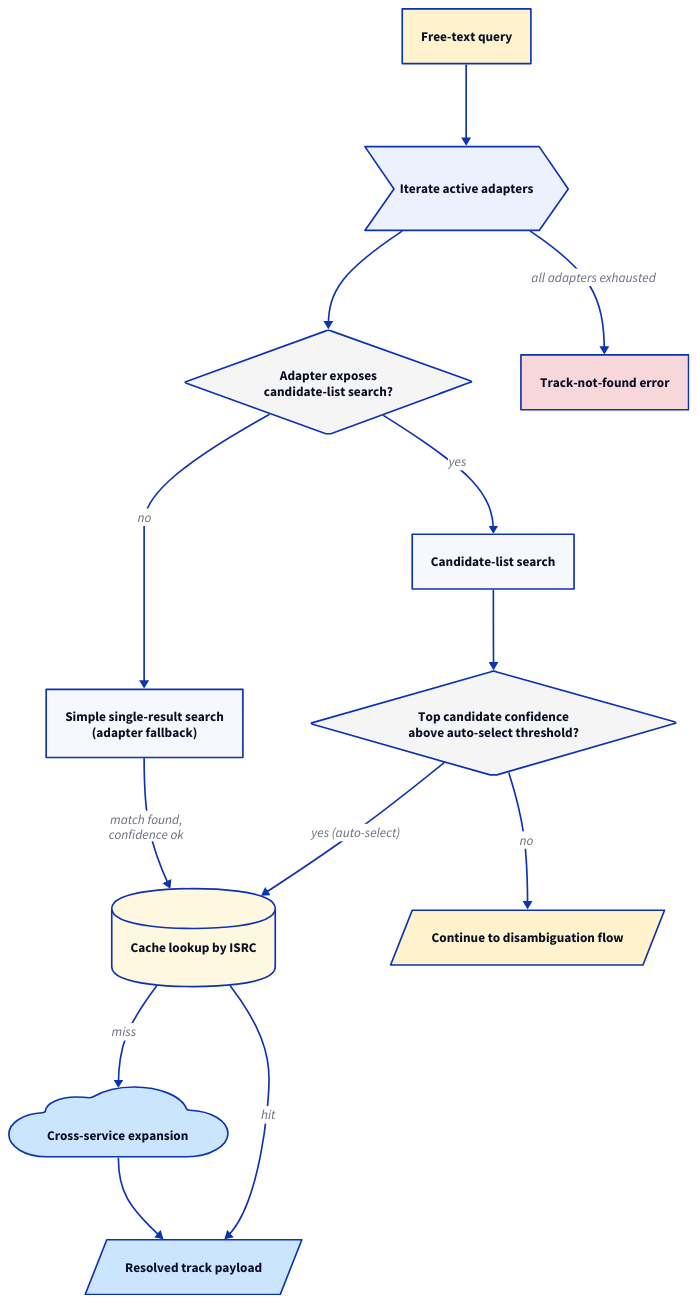
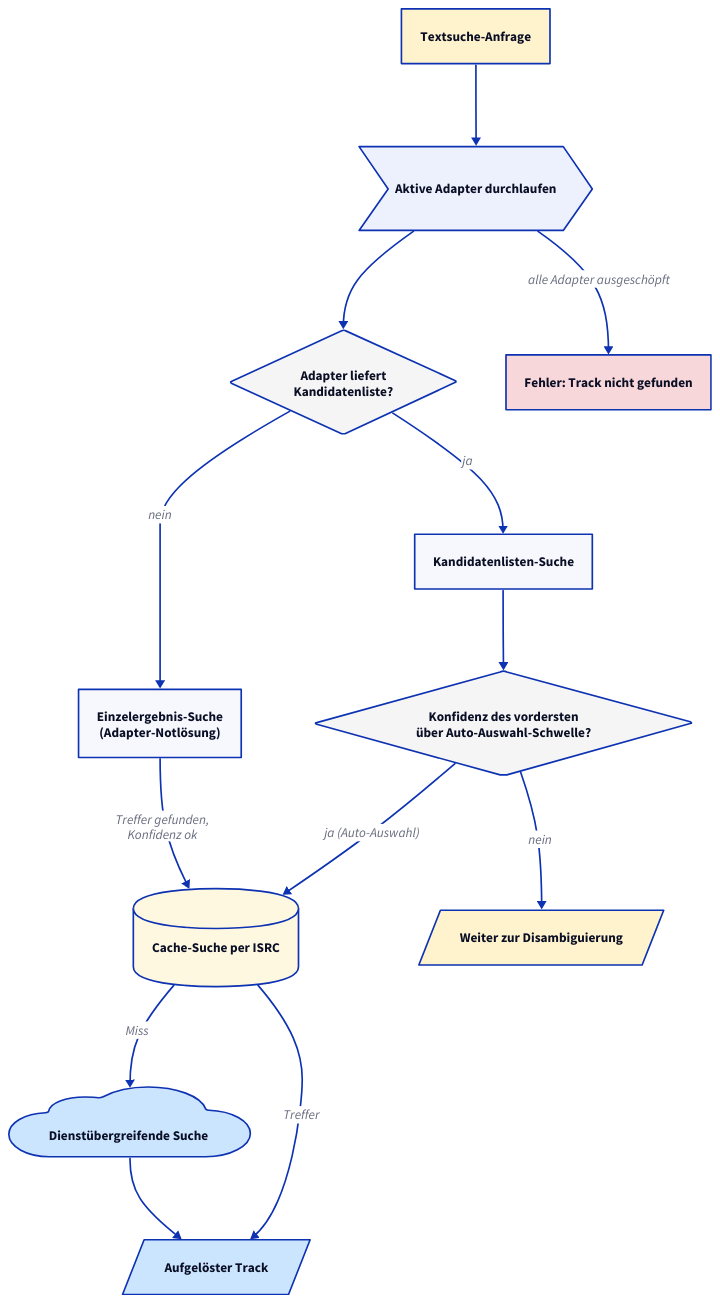
Before and after one commit to phranck/musiccloud: the diagram in docs/resolve-flow/diagrams/02a-text-search.d2, drawn with D2. The commit also changed 29 other files, not shown here.

First line of the commit message:
Docs: Translate resolve-flow diagrams to German

```diff
--- a/docs/resolve-flow/diagrams/02a-text-search.d2
+++ b/docs/resolve-flow/diagrams/02a-text-search.d2
@@ -1,74 +1,74 @@
-# Free-text search, part 1: initial pass across active adapters.
+# Textsuche, Teil 1: erster Durchgang über aktive Adapter.
 
 direction: down
 
-input: "Free-text query" {
+input: "Textsuche-Anfrage" {
   shape: rectangle
   style.fill: "#fff3cd"
 }
 
-iterate: "Iterate active adapters" {
+iterate: "Aktive Adapter durchlaufen" {
   shape: step
 }
 
 input -> iterate
 
-has_candidates: "Adapter exposes\ncandidate-list search?" {
+has_candidates: "Adapter liefert\nKandidatenliste?" {
   shape: diamond
   style.fill: "#f5f5f5"
 }
 
-candidates_path: "Candidate-list search" {
+candidates_path: "Kandidatenlisten-Suche" {
   shape: rectangle
 }
 
-simple_path: "Simple single-result search\n(adapter fallback)" {
+simple_path: "Einzelergebnis-Suche\n(Adapter-Notlösung)" {
   shape: rectangle
 }
 
 iterate -> has_candidates
-has_candidates -> candidates_path: "yes"
-has_candidates -> simple_path: "no"
+has_candidates -> candidates_path: "ja"
+has_candidates -> simple_path: "nein"
 
-confidence_check: "Top candidate confidence\nabove auto-select threshold?" {
+confidence_check: "Konfidenz des vordersten\nüber Auto-Auswahl-Schwelle?" {
   shape: diamond
   style.fill: "#f5f5f5"
 }
 
 candidates_path -> confidence_check
 
-cache_isrc: "Cache lookup by ISRC" {
+cache_isrc: "Cache-Suche per ISRC" {
   shape: cylinder
   style.fill: "#fff8e1"
 }
 
-cross: "Cross-service expansion" {
+cross: "Dienstübergreifende Suche" {
   shape: cloud
   style.fill: "#cce5ff"
 }
 
-resolved: "Resolved track payload" {
+resolved: "Aufgelöster Track" {
   shape: parallelogram
   style.fill: "#cce5ff"
 }
 
-simple_path -> cache_isrc: "match found,\nconfidence ok"
-confidence_check -> cache_isrc: "yes (auto-select)"
+simple_path -> cache_isrc: "Treffer gefunden,\nKonfidenz ok"
+confidence_check -> cache_isrc: "ja (Auto-Auswahl)"
 
-cache_isrc -> cross: "miss"
+cache_isrc -> cross: "Miss"
 cross -> resolved
-cache_isrc -> resolved: "hit"
+cache_isrc -> resolved: "Treffer"
 
-err_not_found: "Track-not-found error" {
+err_not_found: "Fehler: Track nicht gefunden" {
   shape: rectangle
   style.fill: "#f8d7da"
 }
 
-iterate -> err_not_found: "all adapters exhausted"
+iterate -> err_not_found: "alle Adapter ausgeschöpft"
 
-disambig_out: "Continue to disambiguation flow" {
+disambig_out: "Weiter zur Disambiguierung" {
   shape: parallelogram
   style.fill: "#fff3cd"
 }
 
-confidence_check -> disambig_out: "no"
+confidence_check -> disambig_out: "nein"
```
